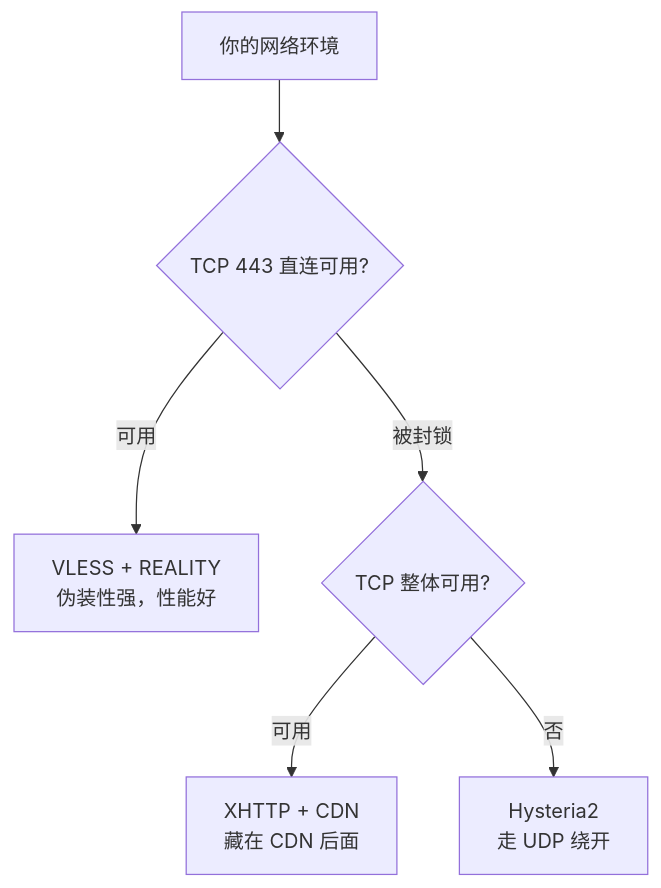
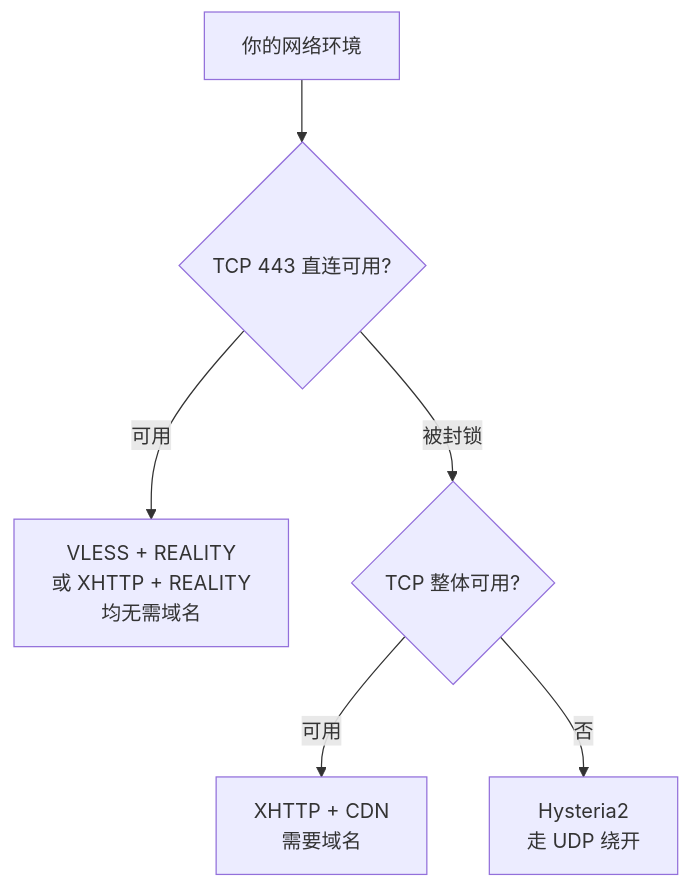
Before and after one commit to DamienZCollins/Personal-Proxy: the first of 3 diagrams in README.md, drawn with Mermaid. The commit also changed other lines of this file, not shown here.

First line of the commit message:
fix: 修正 XHTTP 必须依赖域名的错误表述

````diff
--- a/README.md
+++ b/README.md
@@ -14,8 +14,8 @@
 ```mermaid
 flowchart TB
     A[你的网络环境] --> B{TCP 443 直连可用?}
-    B -->|可用| C["VLESS + REALITY<br/>伪装性强，性能好"]
+    B -->|可用| C["VLESS + REALITY<br/>或 XHTTP + REALITY<br/>均无需域名"]
     B -->|被封锁| D{TCP 整体可用?}
-    D -->|可用| E["XHTTP + CDN<br/>藏在 CDN 后面"]
+    D -->|可用| E["XHTTP + CDN<br/>需要域名"]
     D -->|否| F["Hysteria2<br/>走 UDP 绕开"]
 ```
````
